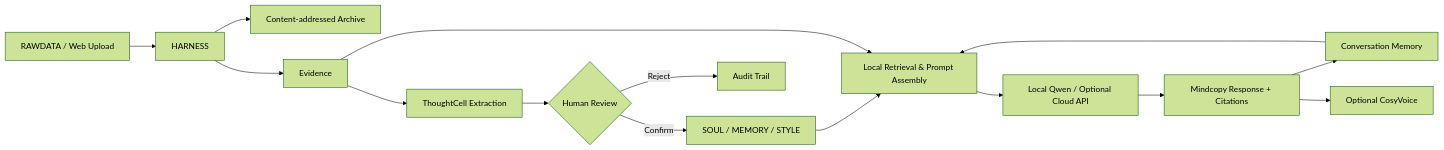
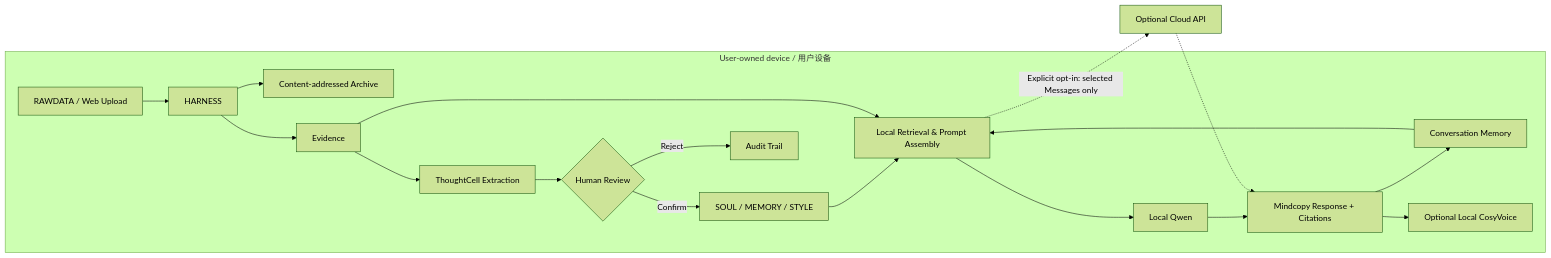
One commit to EverlastingAI-Official/LifeContextOS changed the first of 2 diagrams in README.md. Above: the diagram before and after it, drawn with Mermaid (forest theme). The commit also changed other lines of this file, not shown here.

````diff
--- a/README.md
+++ b/README.md
@@ -82,17 +153,21 @@
 ```mermaid
 flowchart LR
-    A["RAWDATA / Web Upload"] --> B["HARNESS"]
-    B --> C["Content-addressed Archive"]
-    B --> D["Evidence"]
-    D --> E["ThoughtCell Extraction"]
-    E --> F{"Human Review"}
-    F -->|Confirm| G["SOUL / MEMORY / STYLE"]
-    F -->|Reject| H["Audit Trail"]
-    G --> I["Local Retrieval & Prompt Assembly"]
-    D --> I
-    J["Conversation Memory"] --> I
-    I --> K["Local Qwen / Optional Cloud API"]
-    K --> L["Mindcopy Response + Citations"]
-    L --> J
-    L --> M["Optional CosyVoice"]
+    subgraph DEVICE["User-owned device / 用户设备"]
+        A["RAWDATA / Web Upload"] --> B["HARNESS"]
+        B --> C["Content-addressed Archive"]
+        B --> D["Evidence"]
+        D --> E["ThoughtCell Extraction"]
+        E --> F{"Human Review"}
+        F -->|Confirm| G["SOUL / MEMORY / STYLE"]
+        F -->|Reject| H["Audit Trail"]
+        G --> I["Local Retrieval & Prompt Assembly"]
+        D --> I
+        J["Conversation Memory"] --> I
+        I --> K["Local Qwen"]
+        K --> L["Mindcopy Response + Citations"]
+        L --> J
+        L --> M["Optional Local CosyVoice"]
+    end
+    I -. "Explicit opt-in: selected Messages only" .-> N["Optional Cloud API"]
+    N -.-> L
 ```
````
